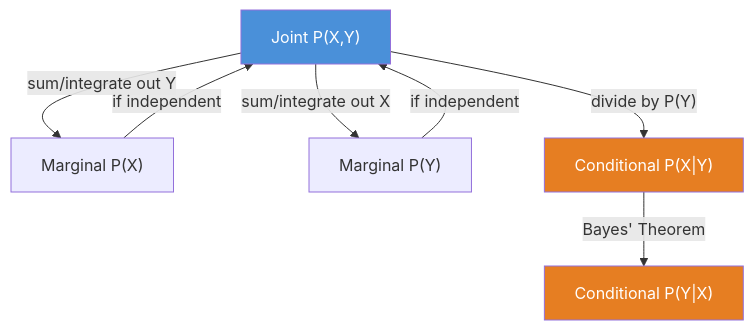
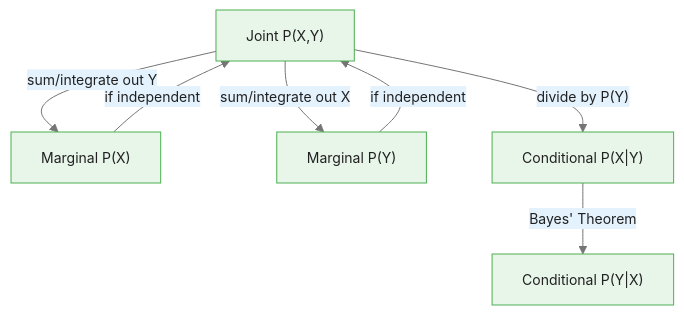
One commit to m-deane/course-creator changed the third of 5 diagrams in courses/bayesian-commodity-forecasting/modules/module_00_foundations/guides/01_probability_review_slides.md. Above: the diagram before and after it, drawn with Mermaid. The commit also changed other lines of this file and 104 other files, not shown here.

````diff
--- a/courses/bayesian-commodity-forecasting/modules/module_00_foundations/guides/01_probability_review_slides.md
+++ b/courses/bayesian-commodity-forecasting/modules/module_00_foundations/guides/01_probability_review_slides.md
@@ -224,12 +238,10 @@
 ```mermaid
+%%{init: {"theme": "base", "themeVariables": {"primaryColor": "#e8f5e9", "primaryBorderColor": "#4caf50", "primaryTextColor": "#212121", "secondaryColor": "#e3f2fd", "tertiaryColor": "#fff8e1", "lineColor": "#757575", "fontFamily": "Inter, sans-serif", "fontSize": "14px"}}}%%
 flowchart TD
     J["Joint P(X,Y)"] -->|"sum/integrate out Y"| MX["Marginal P(X)"]
     J -->|"sum/integrate out X"| MY["Marginal P(Y)"]
     J -->|"divide by P(Y)"| CXY["Conditional P(X|Y)"]
     CXY -->|"Bayes' Theorem"| CYX["Conditional P(Y|X)"]
     MX -->|"if independent"| J
     MY -->|"if independent"| J
-    style J fill:#4a90d9,color:#fff
-    style CXY fill:#e67e22,color:#fff
-    style CYX fill:#e67e22,color:#fff
 ```
````
